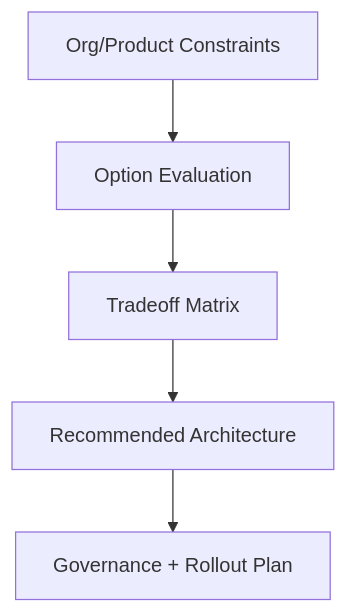
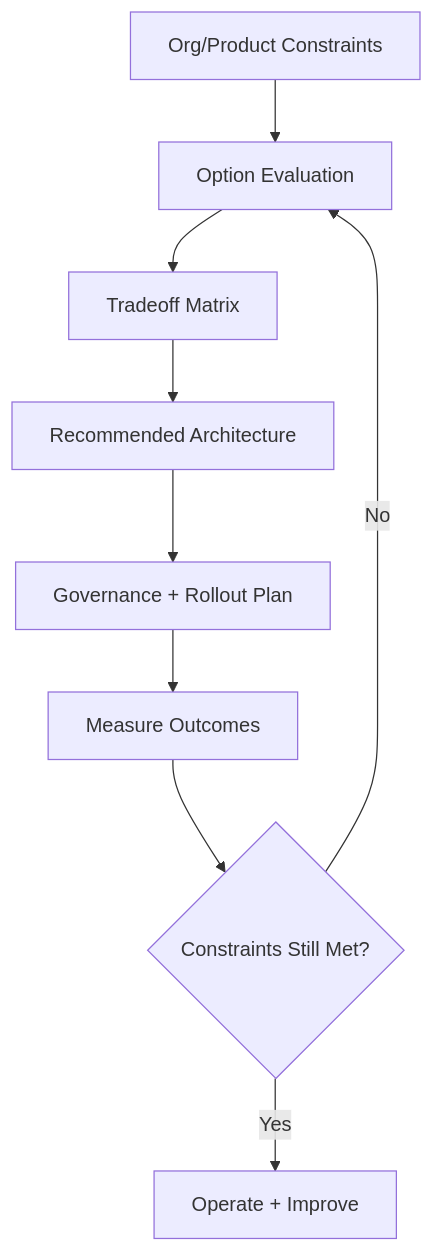
Before and after one commit to kaushalkumar8459/CodingTerminal-Tutorial-Notes: the diagram in tutorial-platform/public/tutorials/react/day-098-micro-frontend-decision-framework.md, drawn with Mermaid. The commit also changed other lines of this file, not shown here.

````diff
--- a/tutorial-platform/public/tutorials/react/day-098-micro-frontend-decision-framework.md
+++ b/tutorial-platform/public/tutorials/react/day-098-micro-frontend-decision-framework.md
@@ -172,7 +185,11 @@
 ```mermaid
 flowchart TD
 	A[Org/Product Constraints] --> B[Option Evaluation]
 	B --> C[Tradeoff Matrix]
 	C --> D[Recommended Architecture]
 	D --> E[Governance + Rollout Plan]
+	E --> F[Measure Outcomes]
+	F --> G{Constraints Still Met?}
+	G -->|Yes| H[Operate + Improve]
+	G -->|No| B
 ```
````
